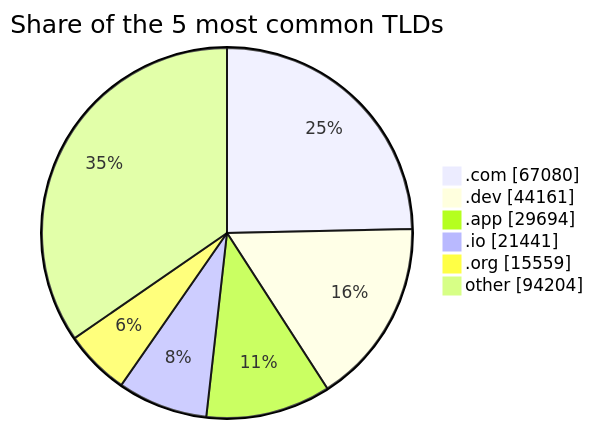
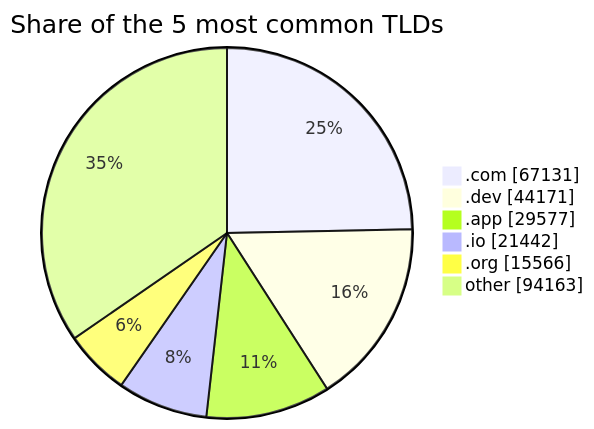
One commit to DNSBunker/CTI changed the third of 3 diagrams in README.md. Above: the diagram before and after it, drawn with Mermaid. The commit also changed other lines of this file and 3 other files, not shown here.

````diff
--- a/README.md
+++ b/README.md
@@ -81,9 +81,9 @@
 ```mermaid
 pie showData title Share of the 5 most common TLDs
-    ".com" : 67080
-    ".dev" : 44161
-    ".app" : 29694
-    ".io" : 21441
-    ".org" : 15559
-    "other" : 94204
+    ".com" : 67131
+    ".dev" : 44171
+    ".app" : 29577
+    ".io" : 21442
+    ".org" : 15566
+    "other" : 94163
 ```
````
